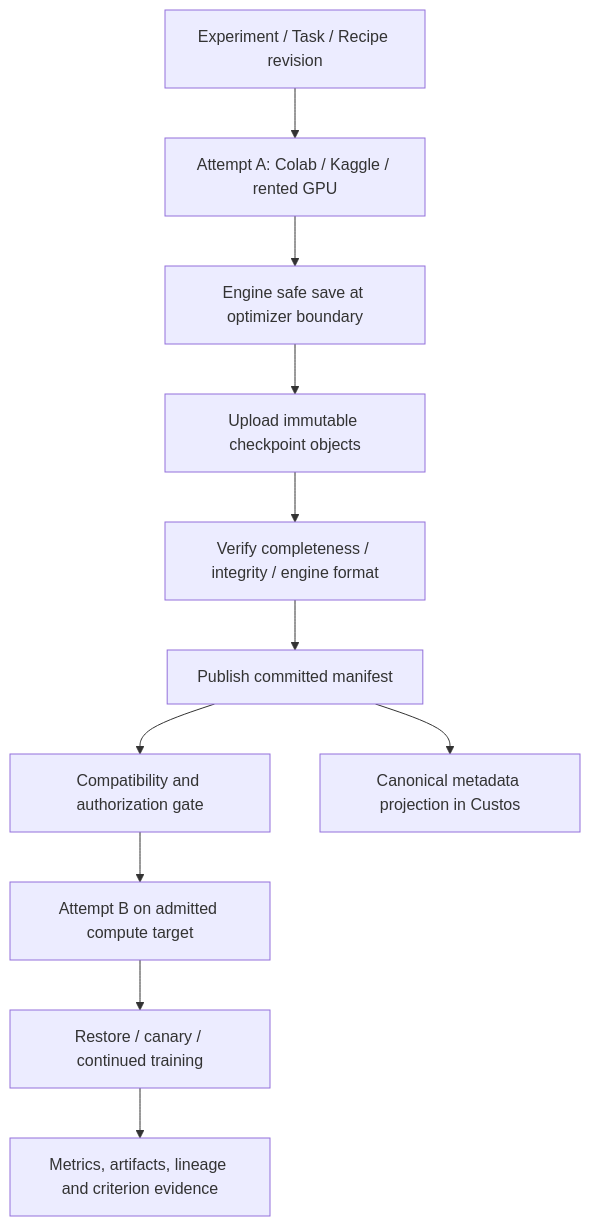
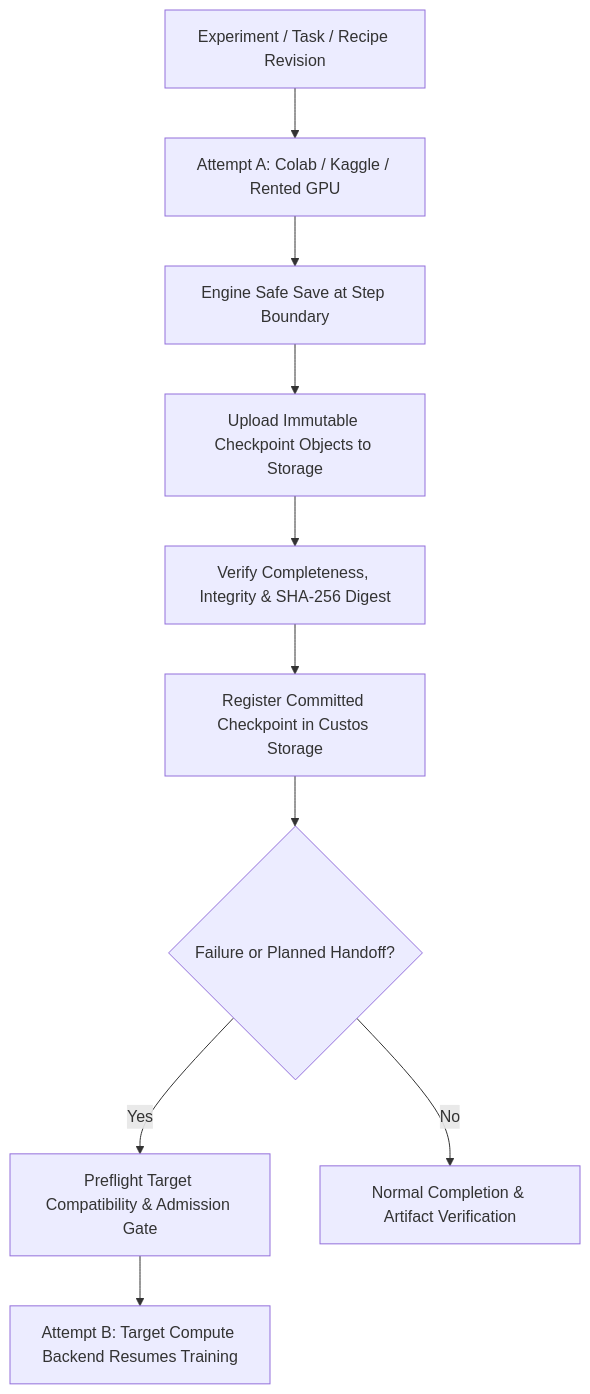
One commit to civi0411/Custos changed the diagram in docs/architecture/compute-relay-and-heterogeneous-failover.md. Above: the diagram before and after it, drawn with Mermaid. The commit also changed other lines of this file and 53 other files, not shown here.

First line of the commit message:
docs(architecture): rewrite and synchronize docs with 4 canonical platform blocks

````diff
--- a/docs/architecture/compute-relay-and-heterogeneous-failover.md
+++ b/docs/architecture/compute-relay-and-heterogeneous-failover.md
@@ -55,13 +50,12 @@
 ```mermaid
 flowchart TD
-    E[Experiment / Task / Recipe revision] --> A[Attempt A: Colab / Kaggle / rented GPU]
-    A --> S[Engine safe save at optimizer boundary]
-    S --> U[Upload immutable checkpoint objects]
-    U --> V[Verify completeness / integrity / engine format]
-    V --> C[Publish committed manifest]
-    C --> P[Compatibility and authorization gate]
-    P --> B[Attempt B on admitted compute target]
-    B --> T[Restore / canary / continued training]
-    T --> O[Metrics, artifacts, lineage and criterion evidence]
-    C --> D[Canonical metadata projection in Custos]
+    E[Experiment / Task / Recipe Revision] --> A[Attempt A: Colab / Kaggle / Rented GPU]
+    A --> S[Engine Safe Save at Step Boundary]
+    S --> U[Upload Immutable Checkpoint Objects to Storage]
+    U --> V[Verify Completeness, Integrity & SHA-256 Digest]
+    V --> R[Register Committed Checkpoint in Custos Storage]
+    R --> F{Failure or Planned Handoff?}
+    F -->|Yes| P[Preflight Target Compatibility & Admission Gate]
+    P --> B[Attempt B: Target Compute Backend Resumes Training]
+    F -->|No| C[Normal Completion & Artifact Verification]
 ```
````
